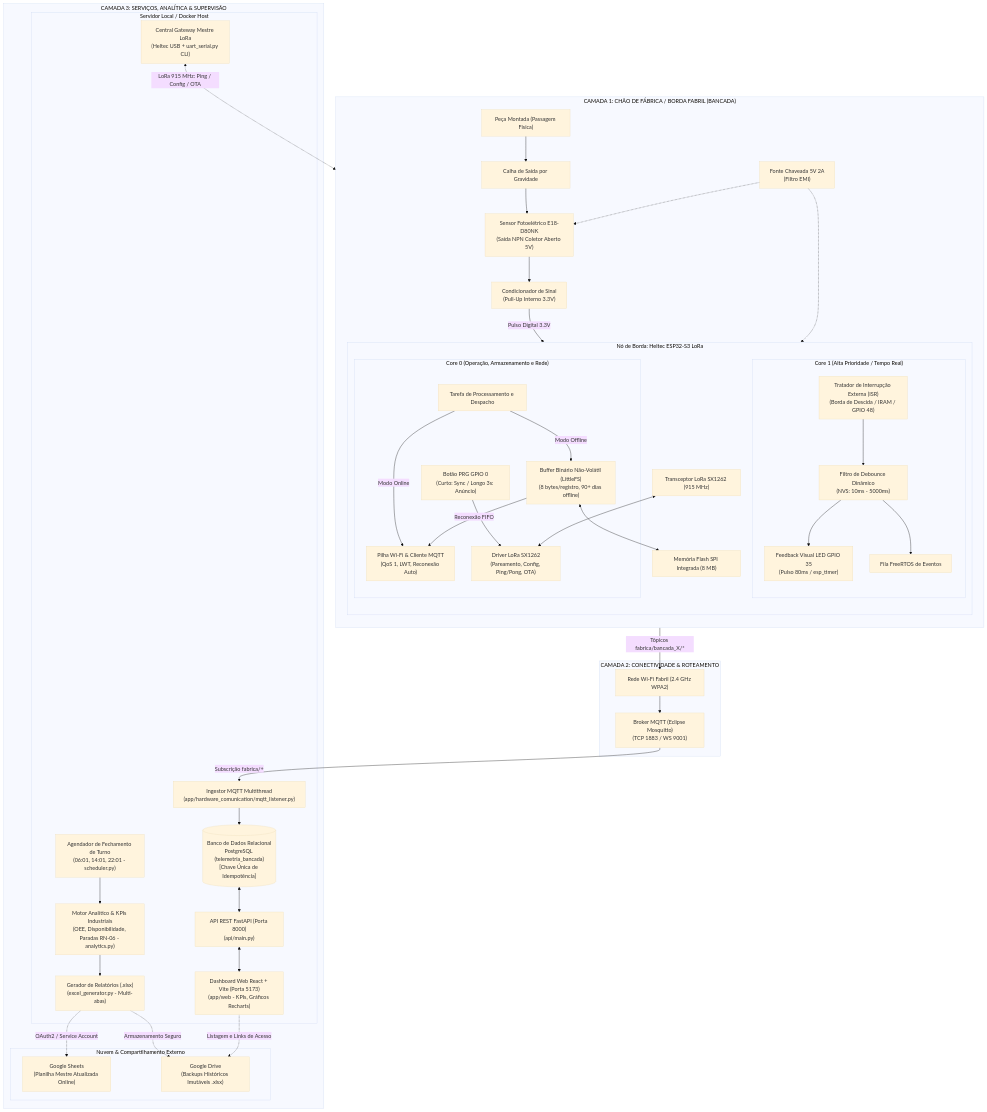
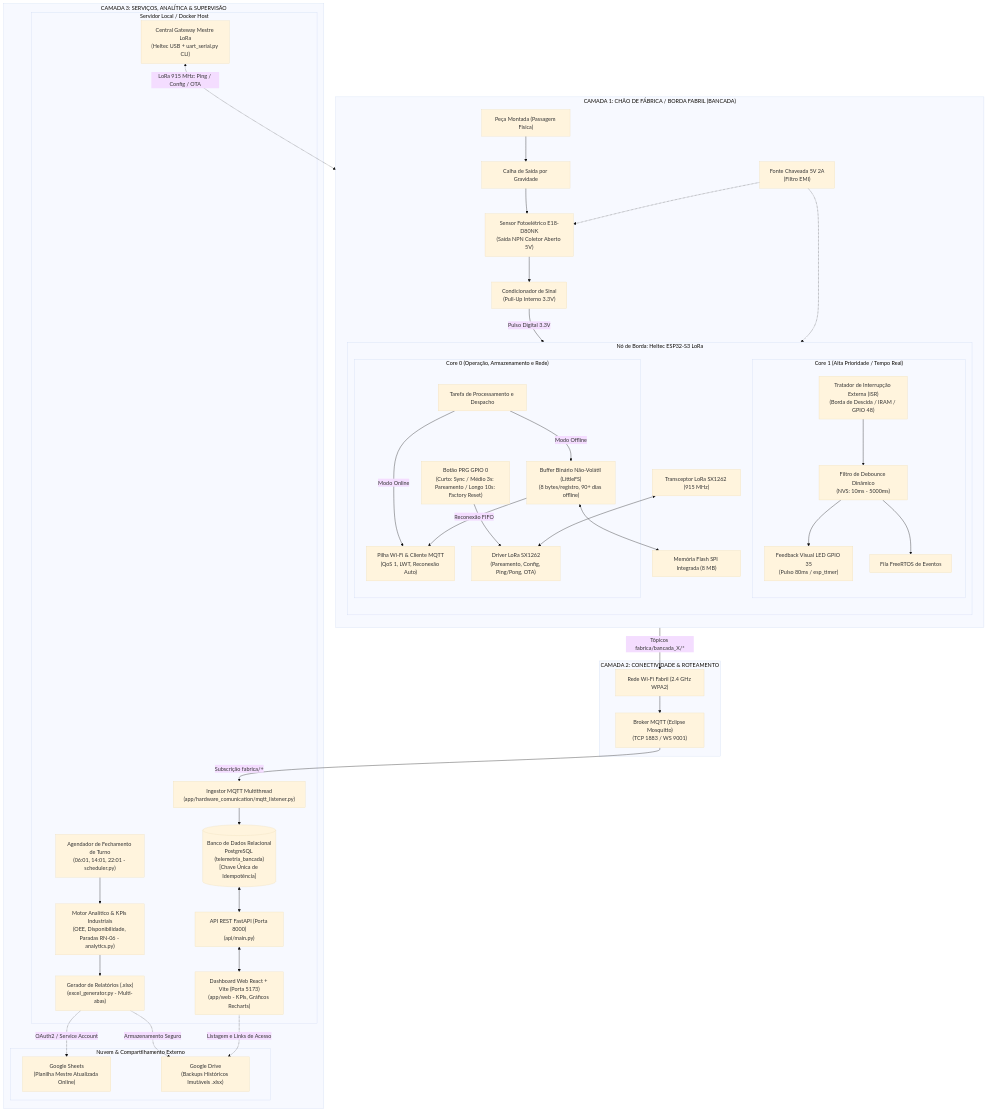
One commit to rodrigop07/EdgeBench changed the first of 4 diagrams in README.md. Above: the diagram before and after it, drawn with Mermaid (base theme). The commit also changed other lines of this file and 1 other file, not shown here.

````diff
--- a/README.md
+++ b/README.md
@@ -74,81 +75,81 @@
 ```mermaid
 flowchart TD
     subgraph BANCADA["CAMADA 1: CHÃO DE FÁBRICA / BORDA FABRIL (BANCADA)"]
         direction TB
         
         PECA["Peça Montada (Passagem Física)"] --> CALHA["Calha de Saída por Gravidade"]
         CALHA --> SENSOR["Sensor Fotoelétrico E18-D80NK\n(Saída NPN Coletor Aberto 5V)"]
         FONTE["Fonte Chaveada 5V 2A\n(Filtro EMI)"] -.-> SENSOR
         SENSOR --> COND["Condicionador de Sinal\n(Pull-Up Interno 3.3V)"]
         
         subgraph HW_ESP32["Nó de Borda: Heltec ESP32-S3 LoRa"]
             direction TB
             
             subgraph CORE1["Core 1 (Alta Prioridade / Tempo Real)"]
                 ISR["Tratador de Interrupção Externa (ISR)\n(Borda de Descida / IRAM / GPIO 48)"]
                 DEBOUNCE["Filtro de Debounce Dinâmico\n(NVS: 10ms - 5000ms)"]
                 LED_PULSE["Feedback Visual LED GPIO 35\n(Pulso 80ms / esp_timer)"]
                 QUEUE_SENS["Fila FreeRTOS de Eventos"]
                 ISR --> DEBOUNCE --> LED_PULSE
                 DEBOUNCE --> QUEUE_SENS
             end
 
             subgraph CORE0["Core 0 (Operação, Armazenamento e Rede)"]
                 TASK_PROC["Tarefa de Processamento e Despacho"]
                 FLASH_MGR["Buffer Binário Não-Volátil (LittleFS)\n(8 bytes/registro, 90+ dias offline)"]
                 WIFI_MQTT["Pilha Wi-Fi & Cliente MQTT\n(QoS 1, LWT, Reconexão Auto)"]
                 LORA_RX["Driver LoRa SX1262\n(Pareamento, Config, Ping/Pong, OTA)"]
-                BTN_MGR["Botão PRG GPIO 0\n(Curto: Sync / Longo 3s: Anúncio)"]
+                BTN_MGR["Botão PRG GPIO 0\n(Curto: Sync / Médio 3s: Pareamento / Longo 10s: Factory Reset)"]
                 
                 TASK_PROC -->|Modo Offline| FLASH_MGR
                 TASK_PROC -->|Modo Online| WIFI_MQTT
                 FLASH_MGR -->|Reconexão FIFO| WIFI_MQTT
                 BTN_MGR --> LORA_RX
             end
 
             FLASH_MEM["Memória Flash SPI Integrada (8 MB)"]
             RADIO_LORA["Transceptor LoRa SX1262 (915 MHz)"]
             
             FLASH_MGR <--> FLASH_MEM
             RADIO_LORA <--> LORA_RX
         end
 
         COND -->|Pulso Digital 3.3V| ISR
         FONTE -.-> HW_ESP32
     end
 
     subgraph REDE["CAMADA 2: CONECTIVIDADE & ROTEAMENTO"]
         WIFI_NET["Rede Wi-Fi Fabril (2.4 GHz WPA2)"]
         BROKER["Broker MQTT (Eclipse Mosquitto)\n(TCP 1883 / WS 9001)"]
         WIFI_MQTT -->|Tópicos fabrica/bancada_X/*| WIFI_NET --> BROKER
     end
 
     subgraph BACKEND["CAMADA 3: SERVIÇOS, ANALÍTICA & SUPERVISÃO"]
         subgraph LOCAL_HOST["Servidor Local / Docker Host"]
             GW_CENTRAL["Central Gateway Mestre LoRa\n(Heltec USB + uart_serial.py CLI)"]
             INGESTOR["Ingestor MQTT Multithread\n(app/hardware_comunication/mqtt_listener.py)"]
             SCHEDULER["Agendador de Fechamento de Turno\n(06:01, 14:01, 22:01 - scheduler.py)"]
             DB[("Banco de Dados Relacional\nPostgreSQL (telemetria_bancada)\n[Chave Única de Idempotência]")]
             ANALYTICS["Motor Analítico & KPIs Industriais\n(OEE, Disponibilidade, Paradas RN-06 - analytics.py)"]
             API_REST["API REST FastAPI (Porta 8000)\n(api/main.py)"]
             WEB_DASH["Dashboard Web React + Vite (Porta 5173)\n(app/web - KPIs, Gráficos Recharts)"]
             EXCEL_GEN["Gerador de Relatórios (.xlsx)\n(excel_generator.py - Multi-abas)"]
             
             GW_CENTRAL <-.->|LoRa 915 MHz: Ping / Config / OTA| RADIO_LORA
             BROKER -->|Subscrição fabrica/+| INGESTOR
             INGESTOR --> DB
             SCHEDULER --> ANALYTICS --> EXCEL_GEN
             DB <--> API_REST
             API_REST <--> WEB_DASH
         end
 
         subgraph CLOUD["Nuvem & Compartilhamento Externo"]
             GSHEETS["Google Sheets\n(Planilha Mestre Atualizada Online)"]
             GDRIVE["Google Drive\n(Backups Históricos Imutáveis .xlsx)"]
             
             EXCEL_GEN -.->|OAuth2 / Service Account| GSHEETS
             EXCEL_GEN -.->|Armazenamento Seguro| GDRIVE
             WEB_DASH -.->|Listagem e Links de Acesso| GDRIVE
         end
     end
 ```
````
